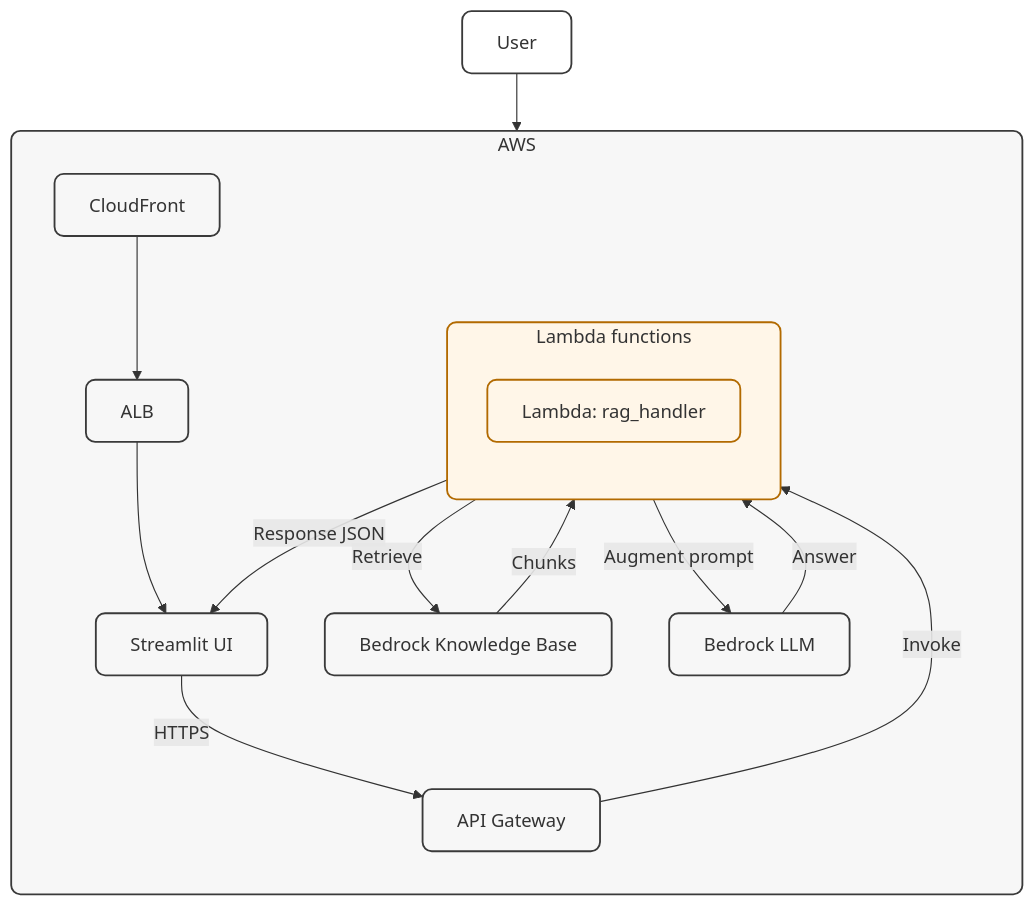
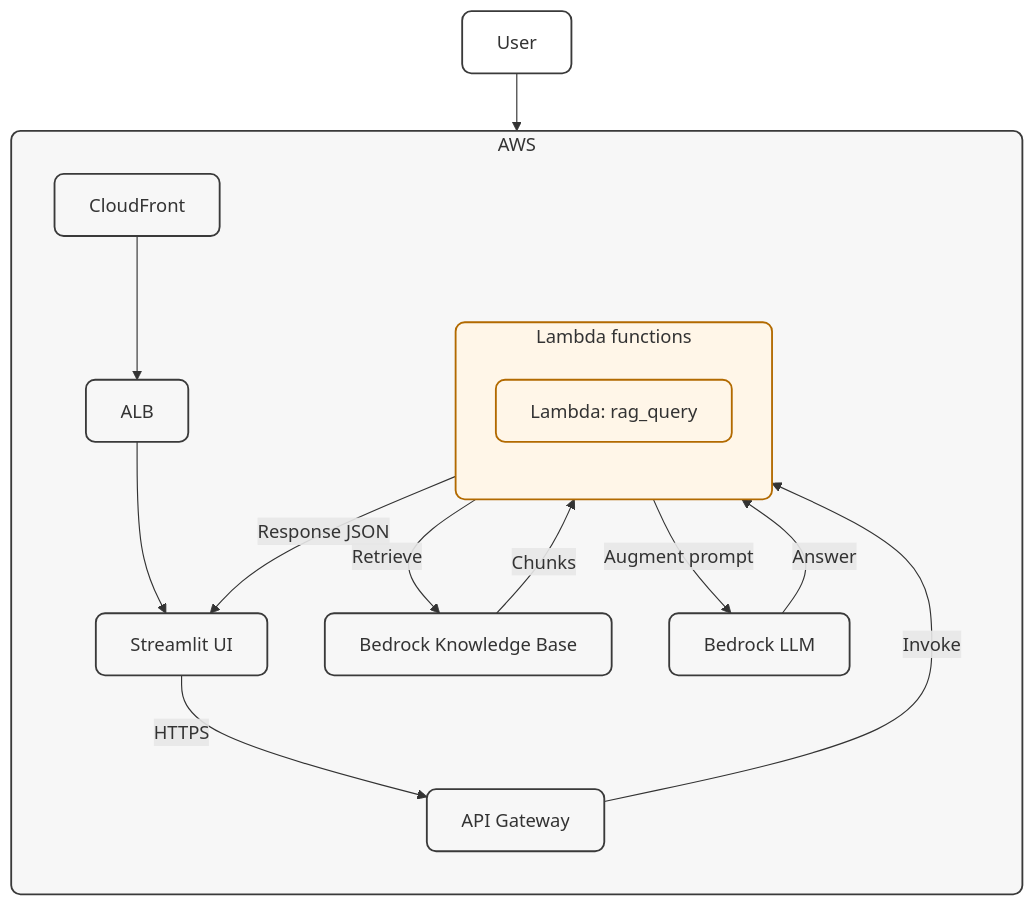
The first of 3 diagrams in ARCHITECTURE.md (adzuci/pubmed-rag-system), drawn with Mermaid before and after one commit. The commit also changed 14 other files, not shown here.

First line of the commit message:
refactor notebooks and ingestion upload flow

````diff
--- a/ARCHITECTURE.md
+++ b/ARCHITECTURE.md
@@ -13,55 +13,55 @@
 ```mermaid
 flowchart TB
   %% =========================
   %% Runtime RAG
   %% =========================
 
   U[User]
 
   subgraph AWS["AWS"]
     direction TB
 
     %% Edge + UI
     CF[CloudFront]
     ALB[ALB]
     UI[Streamlit UI]
 
     CF --> ALB --> UI
 
     %% API
     APIGW[API Gateway]
     UI -->|HTTPS| APIGW
 
     %% Lambda inner box
     subgraph LAMBDAS["Lambda functions"]
       direction TB
-      RH[Lambda: rag_handler]
+      RH[Lambda: rag_query]
     end
 
     APIGW -->|Invoke| RH
     RH -->|Response JSON| UI
 
     %% RAG components
     KB[Bedrock Knowledge Base]
     LLM[Bedrock LLM]
 
     RH -->|Retrieve| KB
     KB -->|Chunks| RH
     RH -->|Augment prompt| LLM
     LLM -->|Answer| RH
   end
 
   %% Entry
   U --> CF
 
   %% =========================
   %% Styling (polished)
   %% =========================
   classDef aws fill:#f7f7f7,stroke:#3a3a3a,stroke-width:1.6px,rx:8,ry:8;
   classDef external fill:#ffffff,stroke:#3a3a3a,stroke-width:1.6px,rx:8,ry:8;
   classDef lambda fill:#fff6e8,stroke:#b26a00,stroke-width:1.6px,rx:8,ry:8;
 
   class AWS,CF,ALB,UI,APIGW,KB,LLM aws;
   class LAMBDAS,RH lambda;
   class U external;
 ```
````
